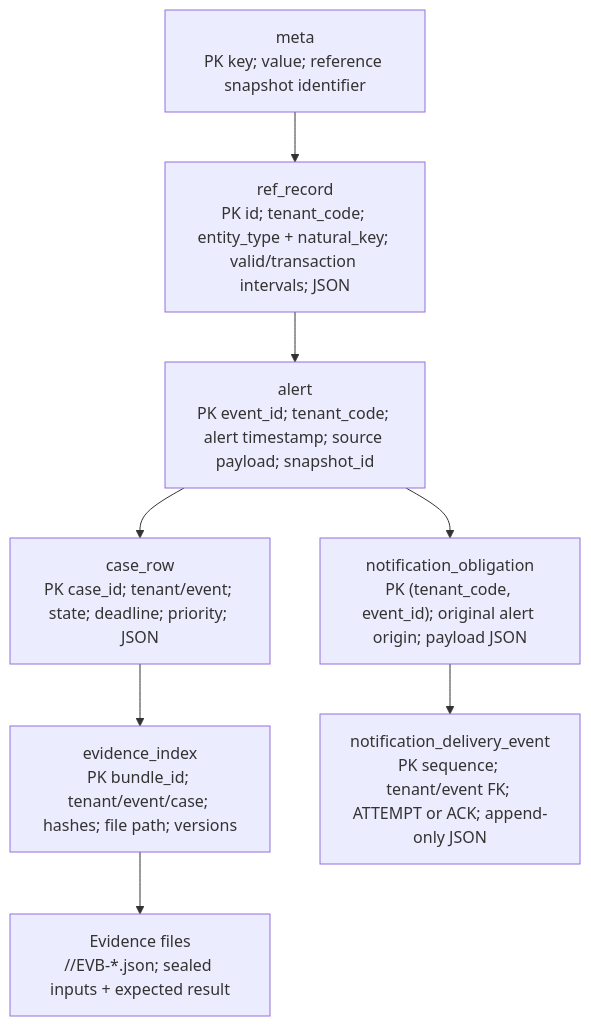
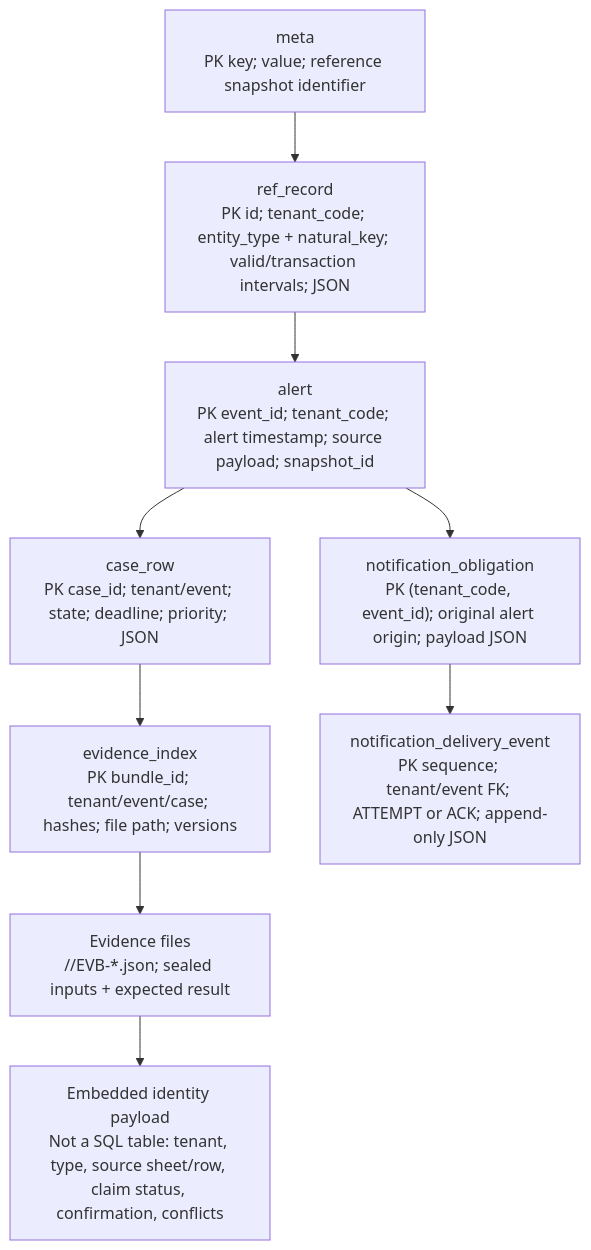
The diagram in docs/diagrams/data-model.mmd (Zulfiqar7862/kestrel-adjudication-case-study), drawn with Mermaid before and after one commit. The commit also changed 57 other files, not shown here.

```diff
--- a/docs/diagrams/data-model.mmd
+++ b/docs/diagrams/data-model.mmd
@@ -1,16 +1,18 @@
 flowchart TB
     Ref["ref_record<br/>PK id; tenant_code; entity_type + natural_key; valid/transaction intervals; JSON"]
     Alert["alert<br/>PK event_id; tenant_code; alert timestamp; source payload; snapshot_id"]
     Meta["meta<br/>PK key; value; reference snapshot identifier"]
     Case["case_row<br/>PK case_id; tenant/event; state; deadline; priority; JSON"]
     Evidence["evidence_index<br/>PK bundle_id; tenant/event/case; hashes; file path; versions"]
     Files["Evidence files<br/><root>/<tenant>/EVB-*.json; sealed inputs + expected result"]
     Obligation["notification_obligation<br/>PK (tenant_code, event_id); original alert origin; payload JSON"]
     Delivery["notification_delivery_event<br/>PK sequence; tenant/event FK; ATTEMPT or ACK; append-only JSON"]
+    Identity["Embedded identity payload<br/>Not a SQL table: tenant, type, source sheet/row, claim status, confirmation, conflicts"]
     Meta --> Ref
     Ref --> Alert
     Alert --> Case
     Alert --> Obligation
     Case --> Evidence
     Evidence --> Files
     Obligation --> Delivery
+    Files --> Identity
```
